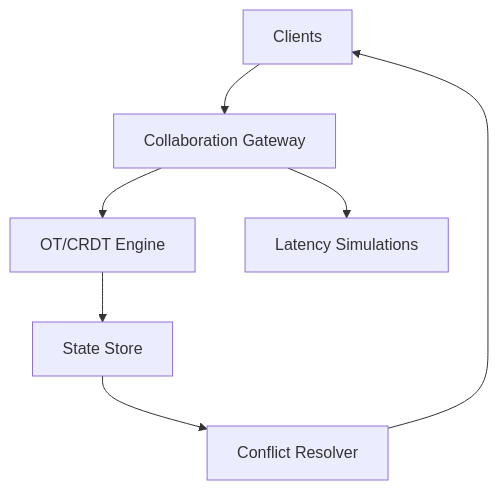
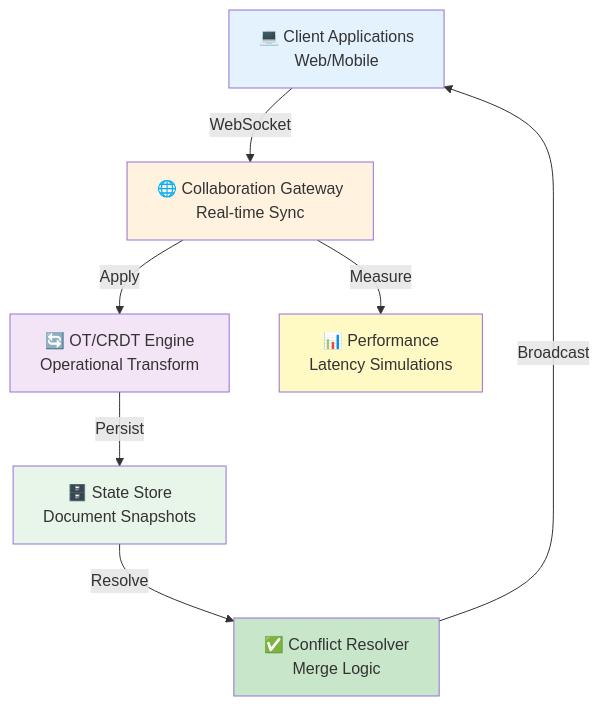
One commit to samueljackson-collab/Samueljackson-collab changed diagram 11 of 28 in README.md. Above: the diagram before and after it, drawn with Mermaid. The commit also changed other lines of this file, not shown here.

Commit message:
Enhanced all diagrams with detailed labels, icons, and styling

````diff
--- a/README.md
+++ b/README.md
@@ -337,9 +404,16 @@
 ```mermaid
 flowchart TD
-  Clients[Clients] --> Gateway[Collaboration Gateway]
-  Gateway --> OT[OT/CRDT Engine]
-  OT --> Storage[State Store]
-  Storage --> Sync[Conflict Resolver]
-  Sync --> Clients
-  Gateway --> Telemetry[Latency Simulations]
+  Clients[💻 Client Applications<br/>Web/Mobile] -->|WebSocket| Gateway[🌐 Collaboration Gateway<br/>Real-time Sync]
+  Gateway -->|Apply| OT[🔄 OT/CRDT Engine<br/>Operational Transform]
+  OT -->|Persist| Storage[🗄️ State Store<br/>Document Snapshots]
+  Storage -->|Resolve| Sync[✅ Conflict Resolver<br/>Merge Logic]
+  Sync -->|Broadcast| Clients
+  Gateway -->|Measure| Telemetry[📊 Performance<br/>Latency Simulations]
+  
+  style Clients fill:#e3f2fd
+  style Gateway fill:#fff3e0
+  style OT fill:#f3e5f5
+  style Storage fill:#e8f5e9
+  style Sync fill:#c8e6c9
+  style Telemetry fill:#fff9c4
 ```
````
